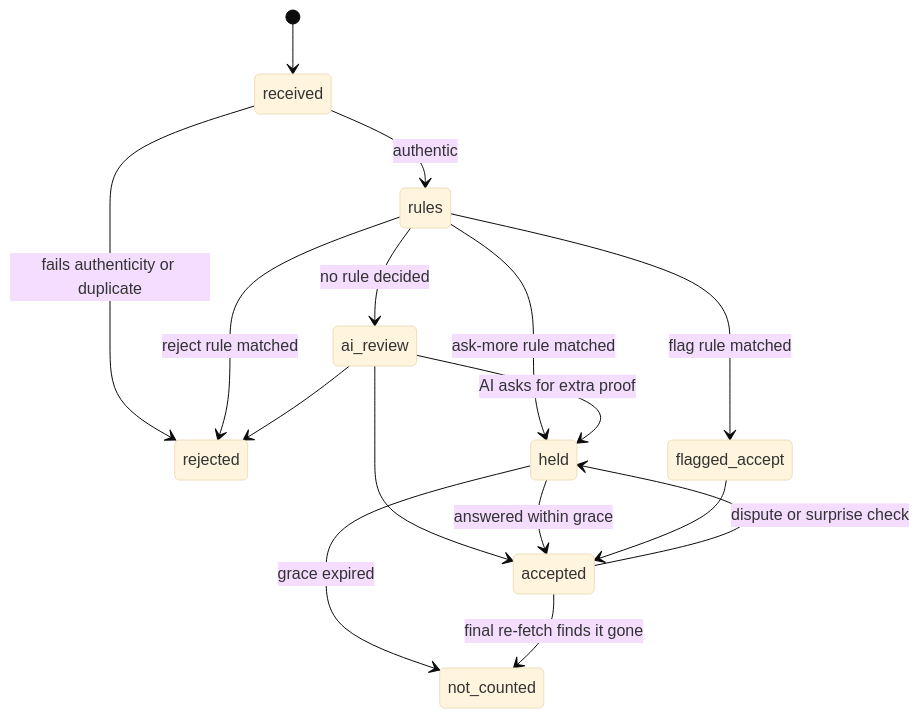
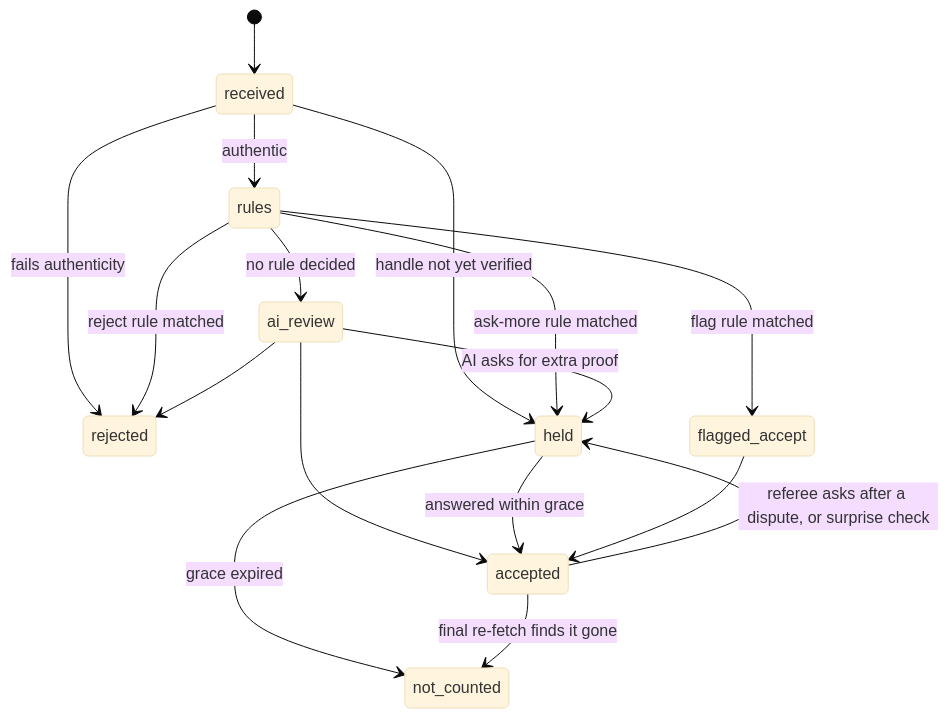
Before and after one commit to mxblmr/lane: the fourth of 5 diagrams in docs/plans/2026-10-11-1233-feat-lane-mvp-plan.md, drawn with Mermaid (base theme). The commit also changed other lines of this file, not shown here.

````diff
--- a/docs/plans/2026-10-11-1233-feat-lane-mvp-plan.md
+++ b/docs/plans/2026-10-11-1233-feat-lane-mvp-plan.md
@@ -318,18 +365,19 @@
 ```mermaid
 stateDiagram-v2
   [*] --> received
-  received --> rejected: fails authenticity or duplicate
+  received --> rejected: fails authenticity
+  received --> held: handle not yet verified
   received --> rules: authentic
   rules --> rejected: reject rule matched
   rules --> held: ask-more rule matched
   rules --> flagged_accept: flag rule matched
   rules --> ai_review: no rule decided
   ai_review --> accepted
   ai_review --> rejected
   ai_review --> held: AI asks for extra proof
   held --> accepted: answered within grace
   held --> not_counted: grace expired
-  accepted --> held: dispute or surprise check
+  accepted --> held: referee asks after a dispute, or surprise check
   accepted --> not_counted: final re-fetch finds it gone
   flagged_accept --> accepted
 ```
````
